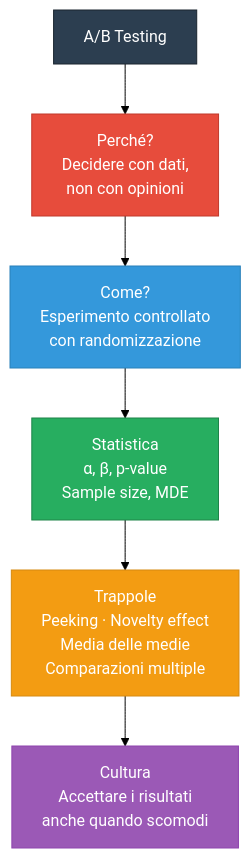
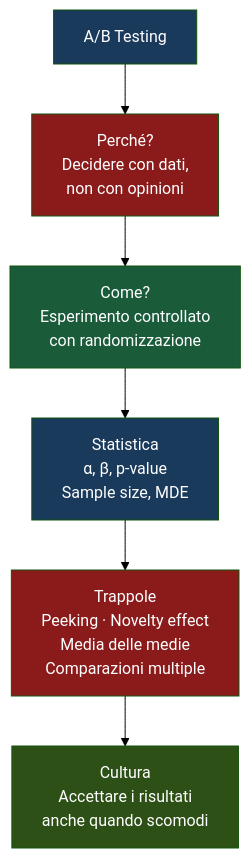
Before and after one commit to AndreyBertasini/gynnitech: the fifth of 5 diagrams in src/content/corso/analisi-prodotto/ab-testing.mdx, drawn with Mermaid (forest theme). The commit also changed other lines of this file and 21 other files, not shown here.

First line of the commit message:
style: applica color scheme semantico a tutti i diagrammi Mermaid del corso

````diff
--- a/src/content/corso/analisi-prodotto/ab-testing.mdx
+++ b/src/content/corso/analisi-prodotto/ab-testing.mdx
@@ -299,14 +318,14 @@
 ```mermaid
 graph TD
     START["A/B Testing"] --> WHY["Perché?\nDecidere con dati,\nnon con opinioni"]
     WHY --> HOW["Come?\nEsperimento controllato\ncon randomizzazione"]
     HOW --> STATS["Statistica\nα, β, p-value\nSample size, MDE"]
     STATS --> TRAPS["Trappole\nPeeking · Novelty effect\nMedia delle medie\nComparazioni multiple"]
     TRAPS --> CULTURE["Cultura\nAccettare i risultati\nanche quando scomodi"]
-    style START fill:#2c3e50,stroke:#1a252f,color:#fff
-    style WHY fill:#e74c3c,stroke:#c0392b,color:#fff
-    style HOW fill:#3498db,stroke:#2980b9,color:#fff
-    style STATS fill:#27ae60,stroke:#1e8449,color:#fff
-    style TRAPS fill:#f39c12,stroke:#d68910,color:#fff
-    style CULTURE fill:#9b59b6,stroke:#8e44ad,color:#fff
+    style START fill:#1a3a5c,color:#ffffff
+    style WHY fill:#8b1a1a,color:#ffffff
+    style HOW fill:#1a5c3a,color:#ffffff
+    style STATS fill:#1a3a5c,color:#ffffff
+    style TRAPS fill:#8b1a1a,color:#ffffff
+    style CULTURE fill:#2d5016,color:#ffffff
 ```
````
